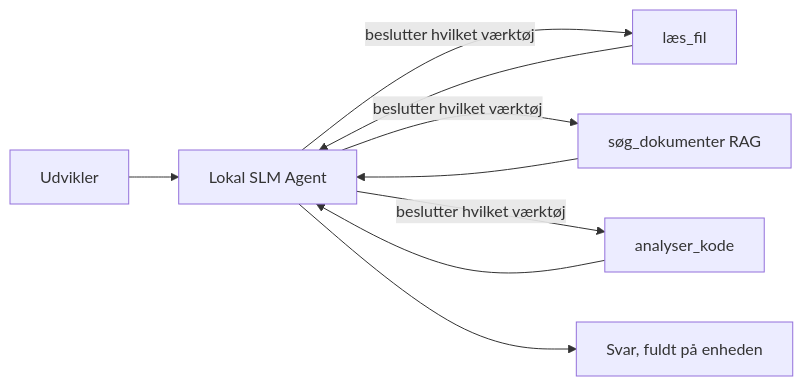
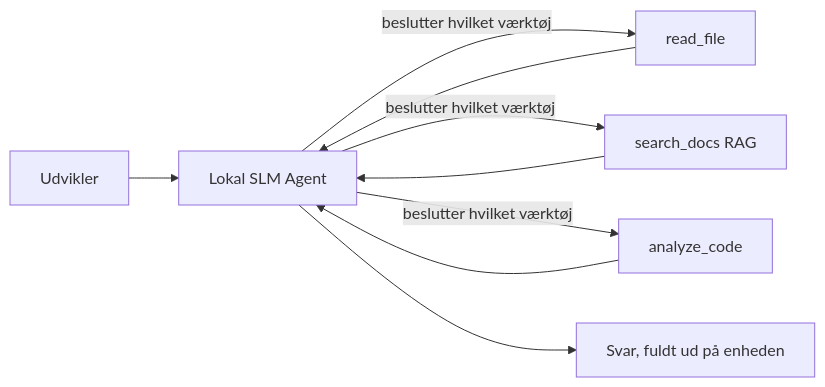
Before and after one commit to gabrielmoreira/agent-skills-mirror: the first of 4 diagrams in mirrors/repos/microsoft@ai-agents-for-beginners/translations/da/17-creating-local-ai-agents/README.md, drawn with Mermaid. The commit also changed other lines of this file and 4262 other files, not shown here.

````diff
--- a/mirrors/repos/microsoft@ai-agents-for-beginners/translations/da/17-creating-local-ai-agents/README.md
+++ b/mirrors/repos/microsoft@ai-agents-for-beginners/translations/da/17-creating-local-ai-agents/README.md
@@ -66,11 +66,11 @@
 ```mermaid
 flowchart LR
     U[Udvikler] --> A[Lokal SLM Agent]
-    A -->|beslutter hvilket værktøj| T1[læs_fil]
-    A -->|beslutter hvilket værktøj| T2[søg_dokumenter RAG]
-    A -->|beslutter hvilket værktøj| T3[analyser_kode]
+    A -->|beslutter hvilket værktøj| T1[read_file]
+    A -->|beslutter hvilket værktøj| T2[search_docs RAG]
+    A -->|beslutter hvilket værktøj| T3[analyze_code]
     T1 --> A
     T2 --> A
     T3 --> A
-    A --> R[Svar, fuldt på enheden]
+    A --> R[Svar, fuldt ud på enheden]
 ```
````
